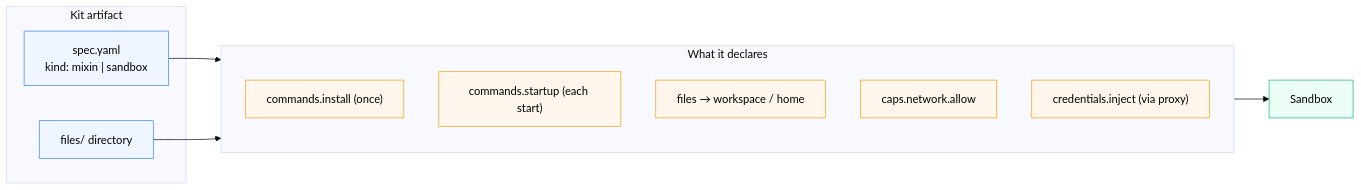
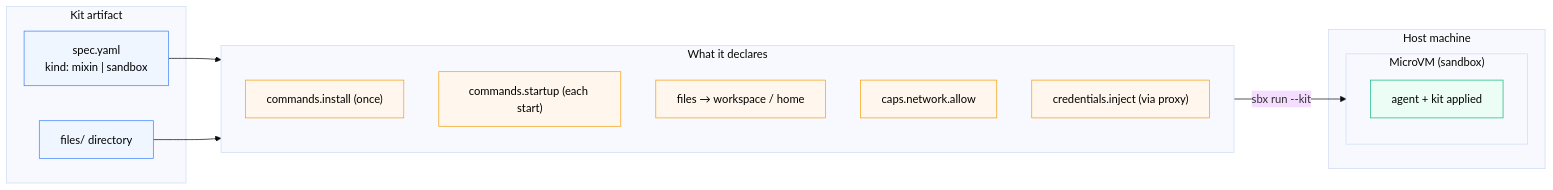
The diagram in labspace/kits/01-intro.md (ajeetraina/labspace-docker-ai-governance), drawn with Mermaid (base theme) before and after one commit. The commit also changed 6 other files, not shown here.

First line of the commit message:
Frame kit diagrams with Host machine + MicroVM for visual uniformity

````diff
--- a/labspace/kits/01-intro.md
+++ b/labspace/kits/01-intro.md
@@ -3,24 +3,29 @@
 ```mermaid
 flowchart LR
     subgraph KIT["Kit artifact"]
         SPEC["spec.yaml<br/>kind: mixin | sandbox"]
         FILES["files/ directory"]
     end
     SPEC --> CAPS
     FILES --> CAPS
     subgraph CAPS["What it declares"]
         I["commands.install (once)"]
         S["commands.startup (each start)"]
         F["files → workspace / home"]
         N["caps.network.allow"]
         C["credentials.inject (via proxy)"]
     end
-    CAPS --> VM["Sandbox"]
+    subgraph HOST["Host machine"]
+        subgraph VM["MicroVM (sandbox)"]
+            AGENT["agent + kit applied"]
+        end
+    end
+    CAPS -- "sbx run --kit" --> VM
 
     classDef kit fill:#eff6ff,stroke:#3b82f6,color:#000
     classDef cap fill:#fff7ed,stroke:#f59e0b,color:#000
     classDef vm fill:#ecfdf5,stroke:#10b981,color:#000
     class SPEC,FILES kit
     class I,S,F,N,C cap
-    class VM vm
+    class AGENT vm
 ```
````
